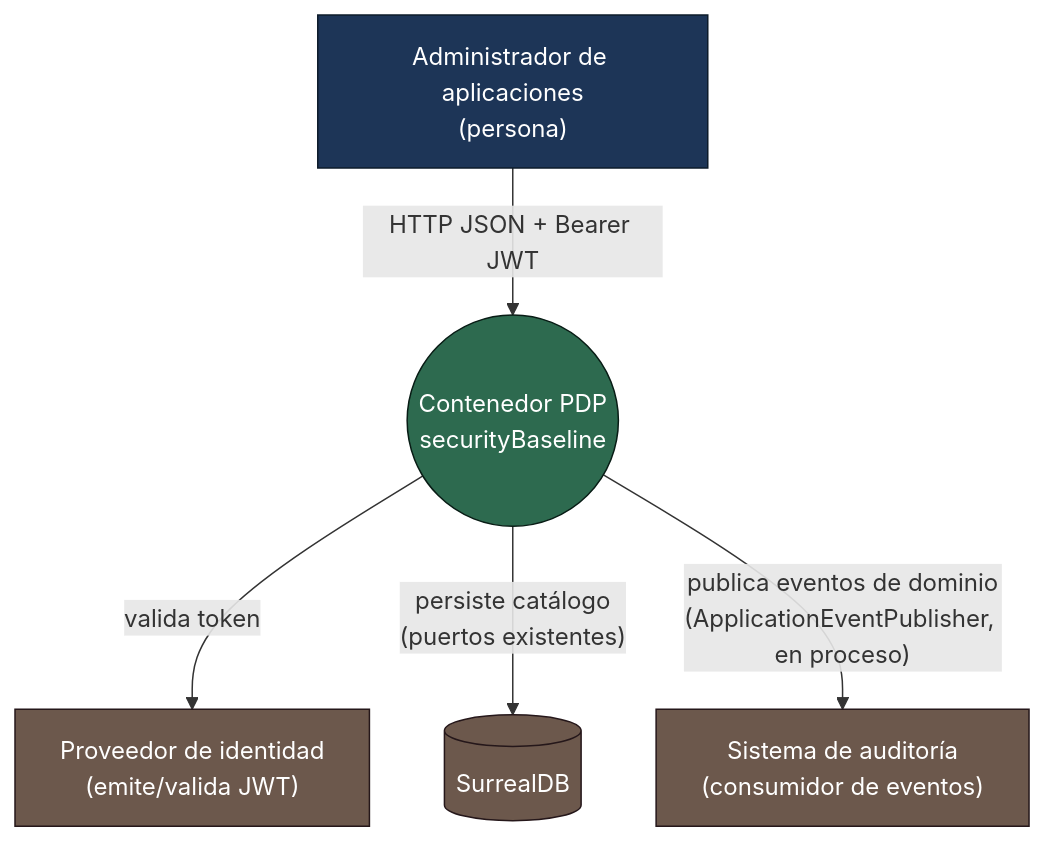
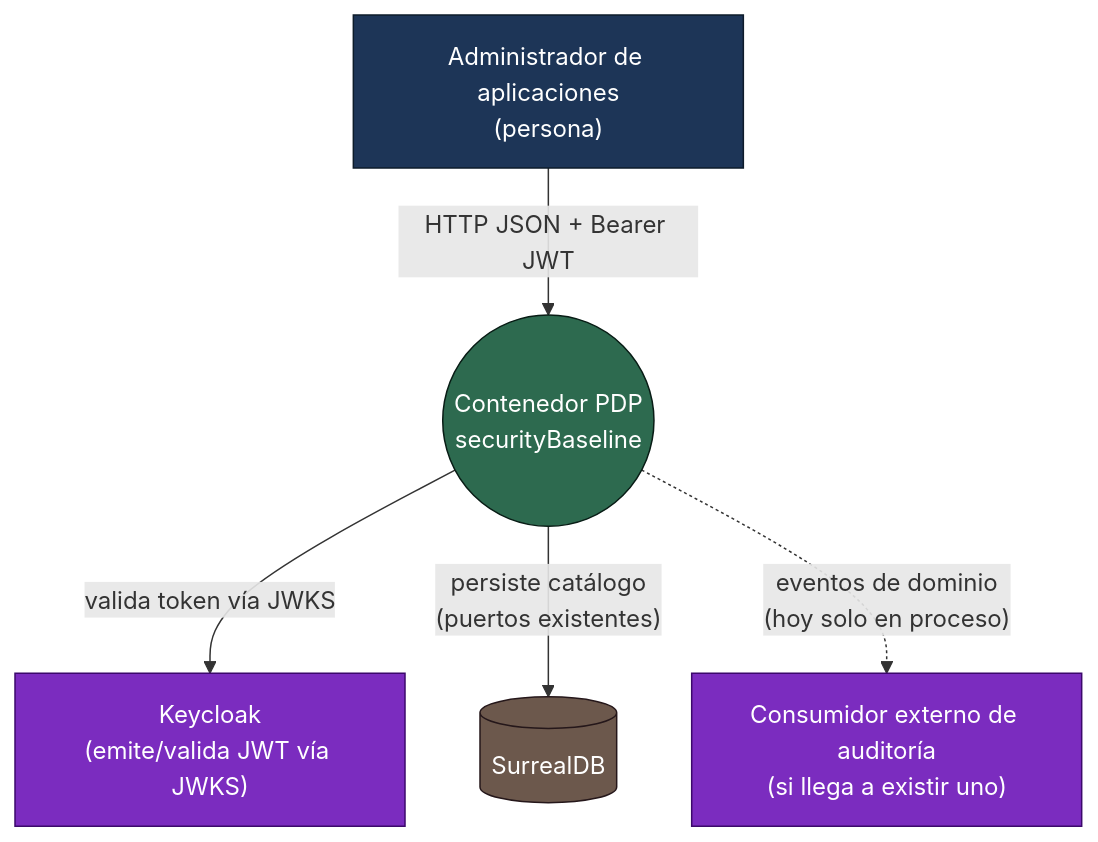
Before and after one commit to Seguridad-UCO/securityBaseline: the second of 3 diagrams in docs/architecture/c4/README.md, drawn with Mermaid. The commit also changed other lines of this file and 80 other files, not shown here.

````diff
--- a/docs/architecture/c4/README.md
+++ b/docs/architecture/c4/README.md
@@ -37,20 +39,22 @@
 ```mermaid
 flowchart TB
     ADMIN["Administrador de aplicaciones\n(persona)"]
     PDP(("Contenedor PDP\nsecurityBaseline"))
-    IDP["Proveedor de identidad\n(emite/valida JWT)"]
+    IDP["Keycloak\n(emite/valida JWT vía JWKS)"]
     DB[("SurrealDB")]
-    AUD["Sistema de auditoría\n(consumidor de eventos)"]
+    AUD["Consumidor externo de auditoría\n(si llega a existir uno)"]
 
     ADMIN -->|"HTTP JSON + Bearer JWT"| PDP
-    PDP -->|"valida token"| IDP
+    PDP -->|"valida token vía JWKS"| IDP
     PDP -->|"persiste catálogo\n(puertos existentes)"| DB
-    PDP -->|"publica eventos de dominio\n(ApplicationEventPublisher, en proceso)"| AUD
+    PDP -.->|"eventos de dominio\n(hoy solo en proceso)"| AUD
 
     classDef person fill:#1d3557,stroke:#0d1b2a,color:#fff
     classDef system fill:#2d6a4f,stroke:#081c15,color:#fff
     classDef ext fill:#6c584c,stroke:#25171a,color:#fff
+    classDef new fill:#7b2cbf,stroke:#3c096c,color:#fff
     class ADMIN person
     class PDP system
-    class IDP,DB,AUD ext
+    class DB ext
+    class IDP,AUD new
 ```
````
